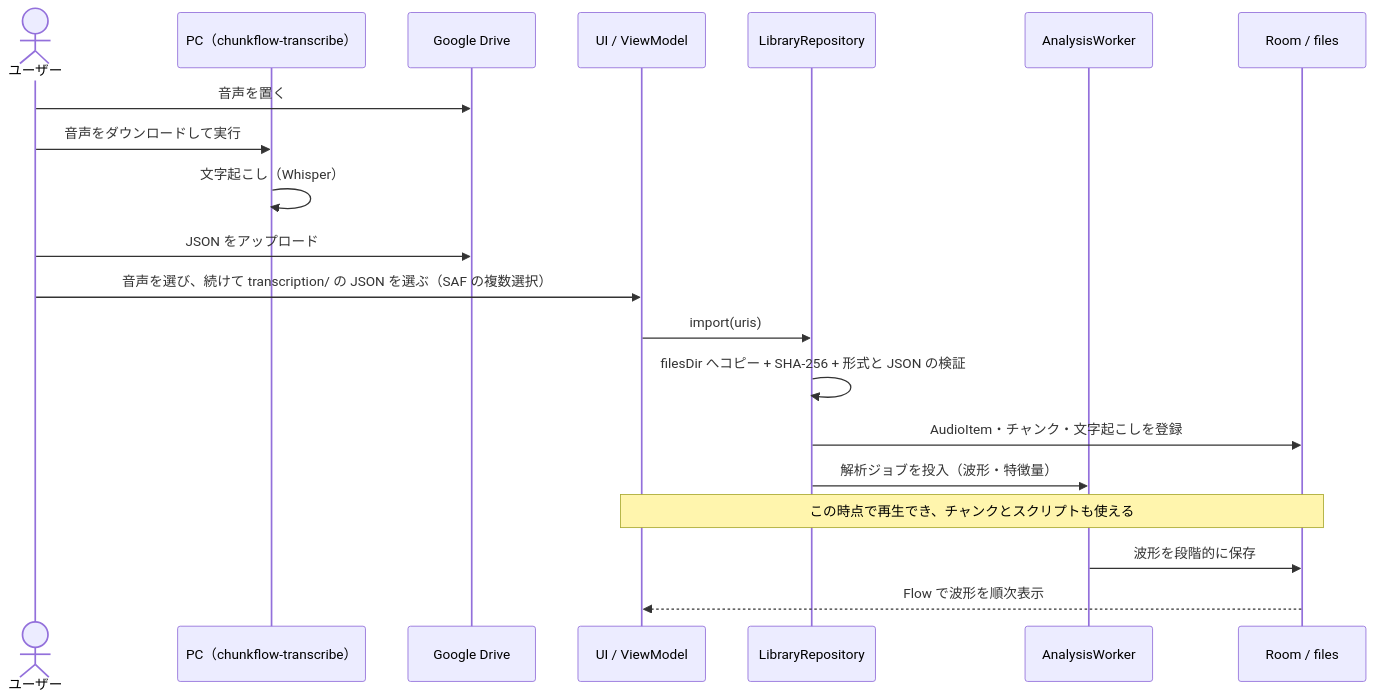
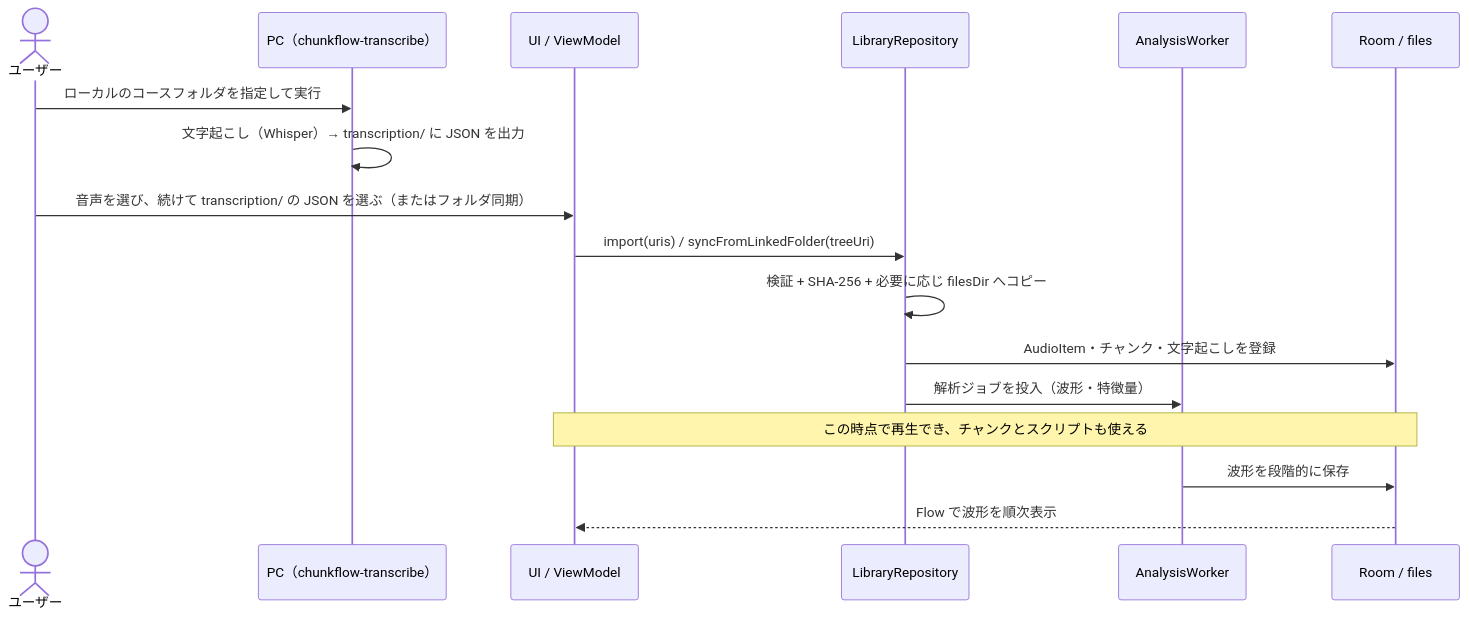
The second of 2 diagrams in design_doc.md (miuraken/chunk-flow), drawn with Mermaid before and after one commit. The commit also changed other lines of this file and 147 other files, not shown here.

Commit message:
Google Drive 連携（:core:drive・DB・データ層・UI・仕様書）を全面的に廃止

````diff
--- a/design_doc.md
+++ b/design_doc.md
@@ -310,23 +299,20 @@
 ```mermaid
 sequenceDiagram
     actor U as ユーザー
     participant PC as PC（chunkflow-transcribe）
-    participant G as Google Drive
     participant P as UI / ViewModel
     participant L as LibraryRepository
     participant W as AnalysisWorker
     participant D as Room / files
 
-    U->>G: 音声を置く
-    U->>PC: 音声をダウンロードして実行
-    PC->>PC: 文字起こし（Whisper）
-    U->>G: JSON をアップロード
-    U->>P: 音声を選び、続けて transcription/ の JSON を選ぶ（SAF の複数選択）
-    P->>L: import(uris)
-    L->>L: filesDir へコピー + SHA-256 + 形式と JSON の検証
+    U->>PC: ローカルのコースフォルダを指定して実行
+    PC->>PC: 文字起こし（Whisper）→ transcription/ に JSON を出力
+    U->>P: 音声を選び、続けて transcription/ の JSON を選ぶ（またはフォルダ同期）
+    P->>L: import(uris) / syncFromLinkedFolder(treeUri)
+    L->>L: 検証 + SHA-256 + 必要に応じ filesDir へコピー
     L->>D: AudioItem・チャンク・文字起こしを登録
     L->>W: 解析ジョブを投入（波形・特徴量）
     Note over P,D: この時点で再生でき、チャンクとスクリプトも使える
     W->>D: 波形を段階的に保存
     D-->>P: Flow で波形を順次表示
 ```
````
